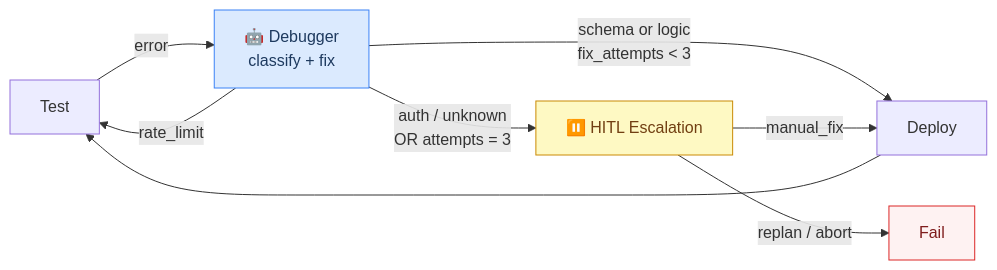
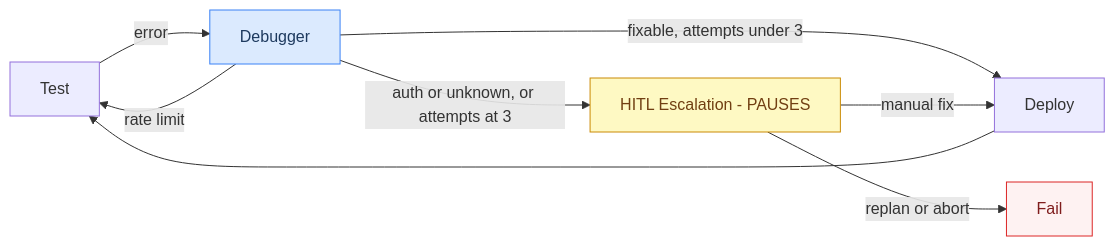
Before and after one commit to h19overflow/ARIA: the second of 2 diagrams in src/agentic_system/build_cycle/README.md, drawn with Mermaid. The commit also changed other lines of this file and 26 other files, not shown here.

Commit message:
refactor: unify HITL interrupt schema and enhance frontend state sync

````diff
--- a/src/agentic_system/build_cycle/README.md
+++ b/src/agentic_system/build_cycle/README.md
@@ -88,14 +75,14 @@
 ```mermaid
 flowchart LR
-    TST[Test] -->|error| DBG["🤖 Debugger\nclassify + fix"]
-    DBG -->|rate_limit| TST
-    DBG -->|schema or logic\nfix_attempts < 3| DEP[Deploy]
-    DBG -->|auth / unknown\nOR attempts = 3| ESC["⏸️ HITL Escalation"]
+    TST[Test] -->|error| DBG[Debugger]
+    DBG -->|rate limit| TST
+    DBG -->|fixable, attempts under 3| DEP[Deploy]
+    DBG -->|auth or unknown, or attempts at 3| ESC[HITL Escalation - PAUSES]
     DEP --> TST
-    ESC -->|manual_fix| DEP
-    ESC -->|replan / abort| FAIL[Fail]
+    ESC -->|manual fix| DEP
+    ESC -->|replan or abort| FAIL[Fail]
 
     style DBG fill:#dbeafe,stroke:#3b82f6,color:#1e3a5f
     style ESC fill:#fef9c3,stroke:#ca8a04,color:#713f12
     style FAIL fill:#fef2f2,stroke:#dc2626,color:#7f1d1d
 ```
````
